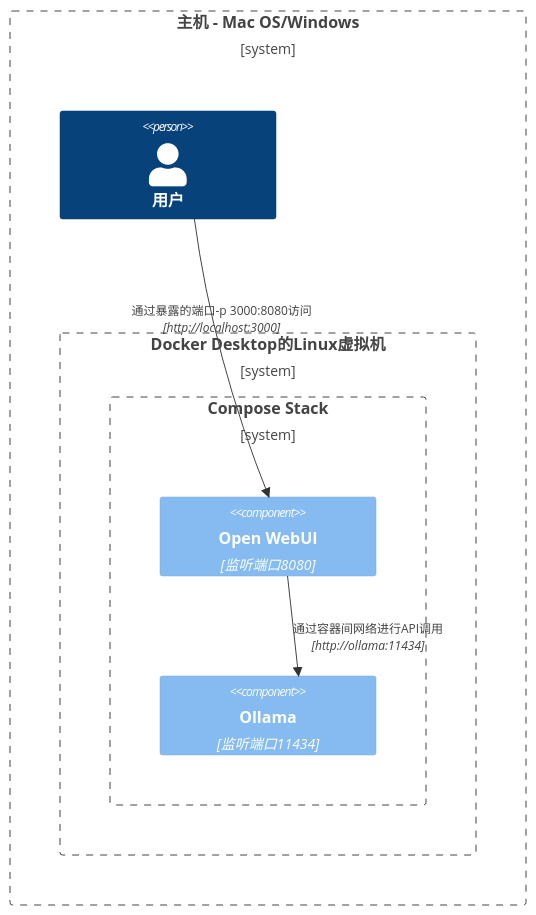
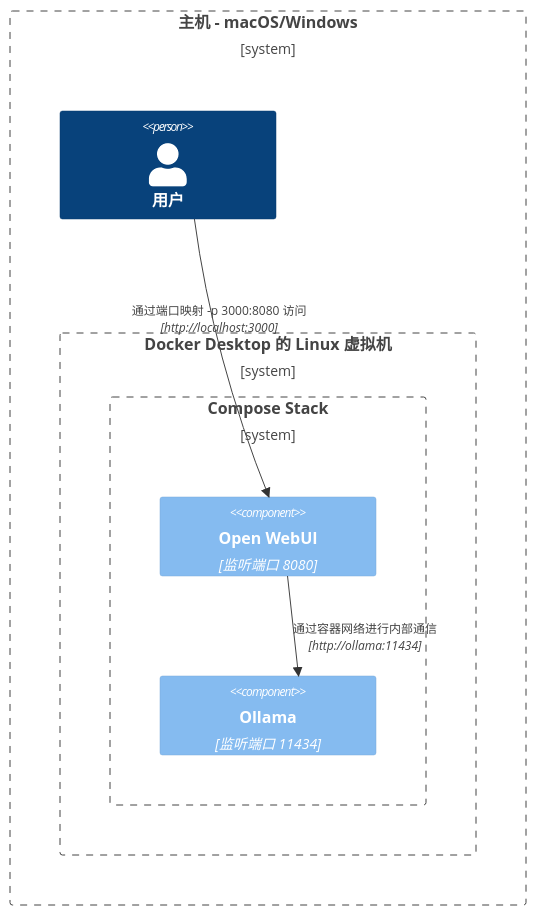
One commit to LazyG9/openwebui-doc-zh changed the second of 8 diagrams in docs/troubleshooting/network-diagrams.mdx. Above: the diagram before and after it, drawn with Mermaid. The commit also changed other lines of this file and 151 other files, not shown here.

````diff
--- a/docs/troubleshooting/network-diagrams.mdx
+++ b/docs/troubleshooting/network-diagrams.mdx
@@ -32,15 +32,15 @@
 ```mermaid
 C4Context
-Boundary(b0, "主机 - Mac OS/Windows") {
+Boundary(b0, "主机 - macOS/Windows") {
    Person(user, "用户")
-   Boundary(b1, "Docker Desktop的Linux虚拟机") {
+   Boundary(b1, "Docker Desktop 的 Linux 虚拟机") {
       Boundary(b2, "Compose Stack") {
-         Component(openwebui, "Open WebUI", "监听端口8080")
-         Component(ollama, "Ollama", "监听端口11434")
+         Component(openwebui, "Open WebUI", "监听端口 8080")
+         Component(ollama, "Ollama", "监听端口 11434")
       }
    }
 }
-Rel(openwebui, ollama, "通过容器间网络进行API调用", "http://ollama:11434")
-Rel(user, openwebui, "通过暴露的端口-p 3000:8080访问", "http://localhost:3000")
+Rel(openwebui, ollama, "通过容器网络进行内部通信", "http://ollama:11434")
+Rel(user, openwebui, "通过端口映射 -p 3000:8080 访问", "http://localhost:3000")
 UpdateRelStyle(user, openwebui, $offsetX="-100", $offsetY="-50")
 ```
````
